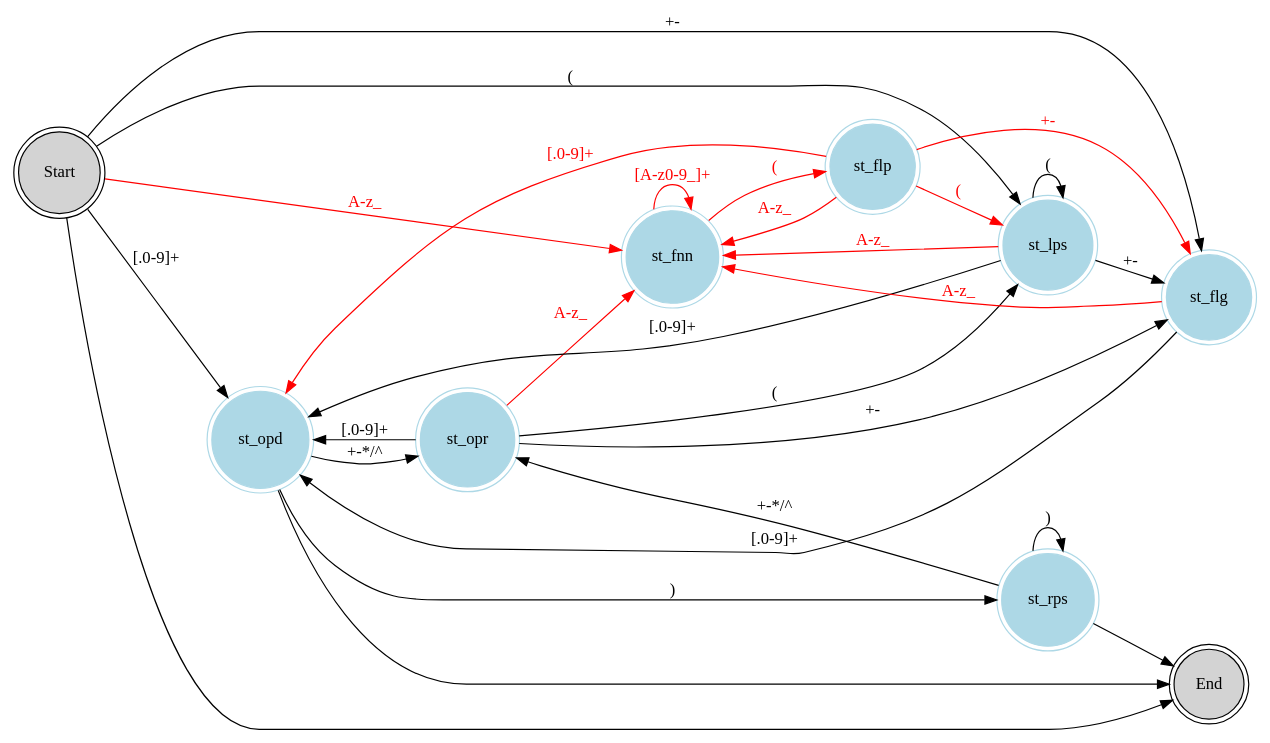
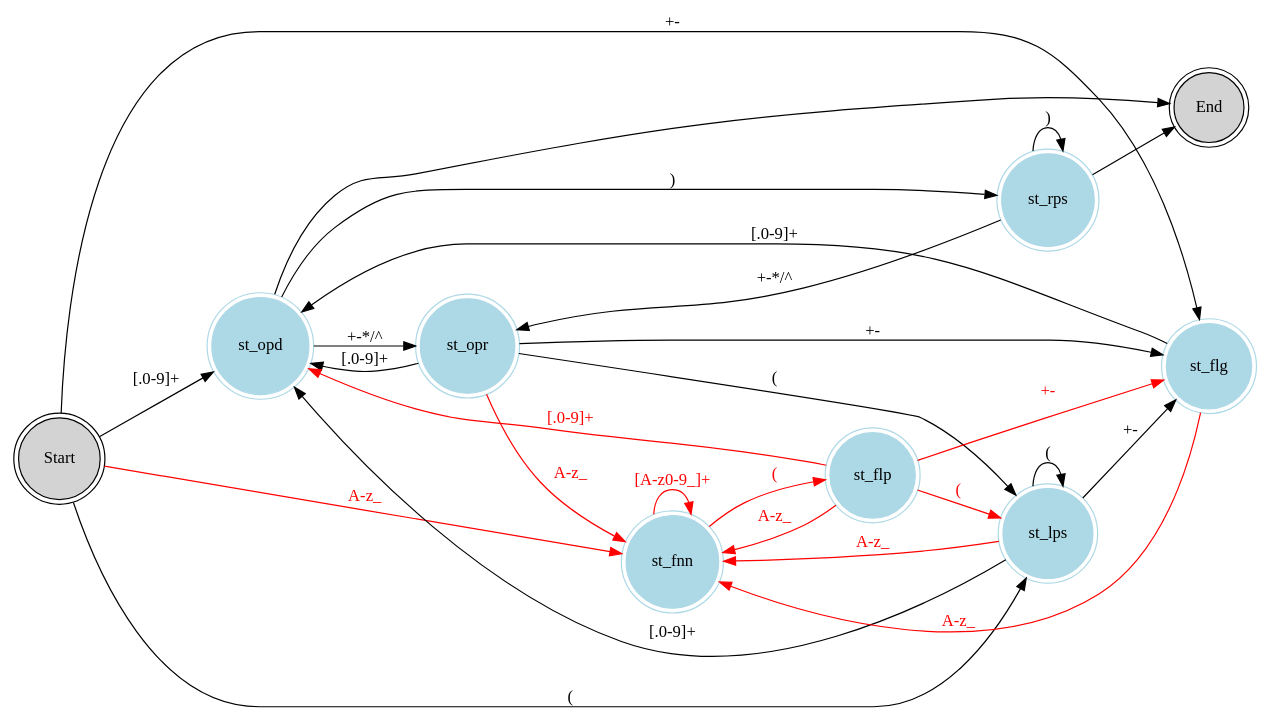
One commit to jacoolee/calc changed the diagram in state_transition.dot. Above: the diagram before and after it, drawn with Graphviz. The commit also changed 1 other file, not shown here.

```diff
--- a/state_transition.dot
+++ b/state_transition.dot
@@ -1,59 +1,58 @@
 // TODO: st_flp == st_non, aka start
 digraph G {
 
     rankdir=LR;
 
     {
 
         st_non [shape=circle,peripheries=2,style=filled, label="Start"]
         st_opr [shape=circle,peripheries=2,color=lightblue,style=filled,label="st_opr"]
         st_opd [shape=circle,peripheries=2,color=lightblue,style=filled,label="st_opd"]
         st_lps [shape=circle,peripheries=2,color=lightblue,style=filled,label="st_lps"]
         st_rps [shape=circle,peripheries=2,color=lightblue,style=filled,label="st_rps"]
         st_flg [shape=circle,peripheries=2,color=lightblue,style=filled,label="st_flg"]
         st_fnn [shape=circle,peripheries=2,color=lightblue,style=filled,label="st_fnn"]
         st_flp [shape=circle,peripheries=2,color=lightblue,style=filled,label="st_flp"]
         st_end [shape=circle,peripheries=2,style=filled,label="End"]
 
         st_non -> st_opd[label="[.0-9]+"];
         st_non -> st_lps[label="("];
         st_non -> st_flg[label="+-"];
         st_non -> st_fnn[label="A-z_", color="red", fontcolor="red"];
 
         st_opd -> st_opr[label="+-*/^"];
         st_opd -> st_rps[label=")"];
 
         st_opr -> st_opd[label="[.0-9]+"];
         st_opr -> st_lps[label="("];
         st_opr -> st_flg[label="+-"];
         st_opr -> st_fnn[label="A-z_", color="red", fontcolor="red"];
 
         st_lps -> st_opd[label="[.0-9]+"];
         st_lps -> st_lps[label="("];
         st_lps -> st_flg[label="+-"];
         st_lps -> st_fnn[label="A-z_", color="red", fontcolor="red"];
 
         st_rps -> st_opr[label="+-*/^"];
         st_rps -> st_rps[label=")"];
 
         st_flg -> st_opd[label="[.0-9]+"];
         st_flg -> st_fnn[label="A-z_", color="red", fontcolor="red"];
 
         st_fnn -> st_fnn[label="[A-z0-9_]+", color="red", fontcolor="red"];
         st_fnn -> st_flp[label="(", color="red", fontcolor="red"];
 
         st_flp -> st_opd[label="[.0-9]+", color="red", fontcolor="red"];
         st_flp -> st_lps[label="(", color="red", fontcolor="red"];
         st_flp -> st_flg[label="+-", color="red", fontcolor="red"];
         st_flp -> st_fnn[label="A-z_", color="red", fontcolor="red"];
 
-        st_non -> st_end[label=""];
         st_opd -> st_end[label=""];
         st_rps -> st_end[label=""];
     }
 
     {
         rank = same;
         st_lps; st_rps;
     }
 }
```
